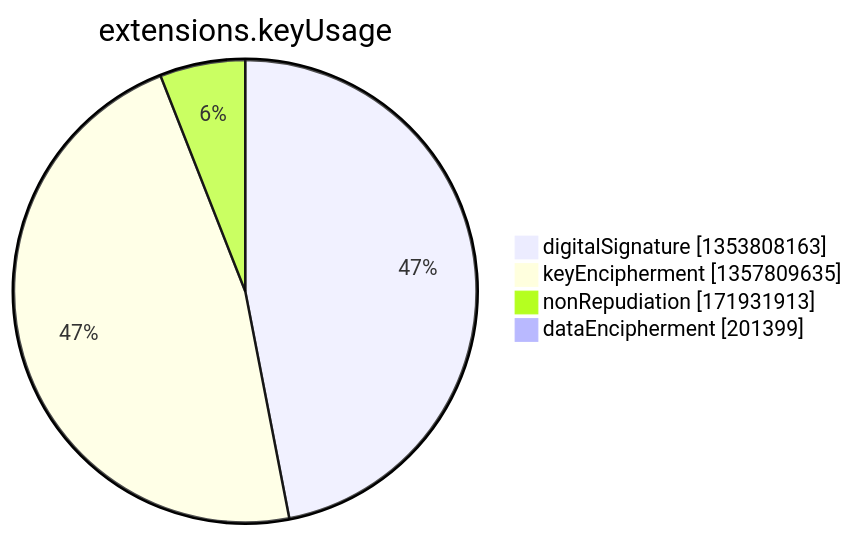
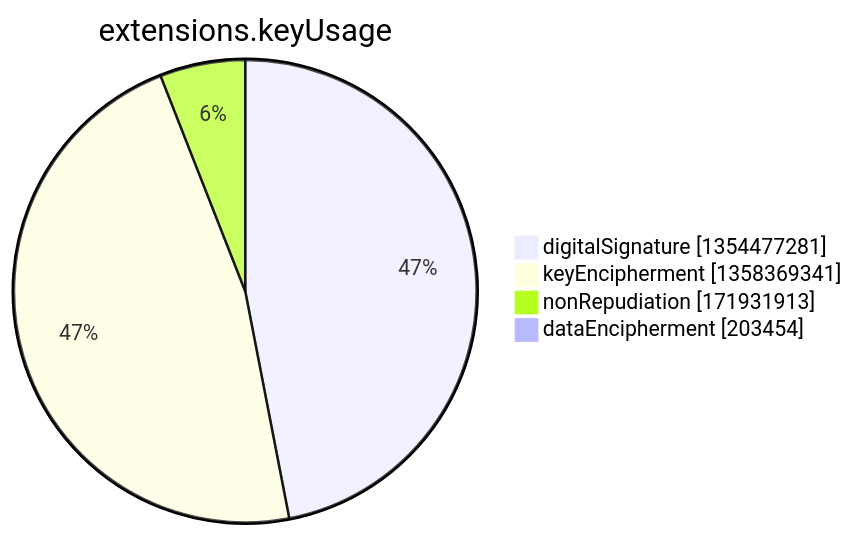
One commit to christiankrug/ctmonitor_visualization changed the seventh of 15 diagrams in argon2022/README.md. Above: the diagram before and after it, drawn with Mermaid. The commit also changed other lines of this file, not shown here.

````diff
--- a/argon2022/README.md
+++ b/argon2022/README.md
@@ -2750,8 +2750,8 @@
 ```mermaid
 pie showData
 title extensions.keyUsage
-"digitalSignature" :1353808163
-"keyEncipherment" :1357809635
+"digitalSignature" :1354477281
+"keyEncipherment" :1358369341
 "nonRepudiation" :171931913
-"dataEncipherment" :201399
+"dataEncipherment" :203454
 ```
````
